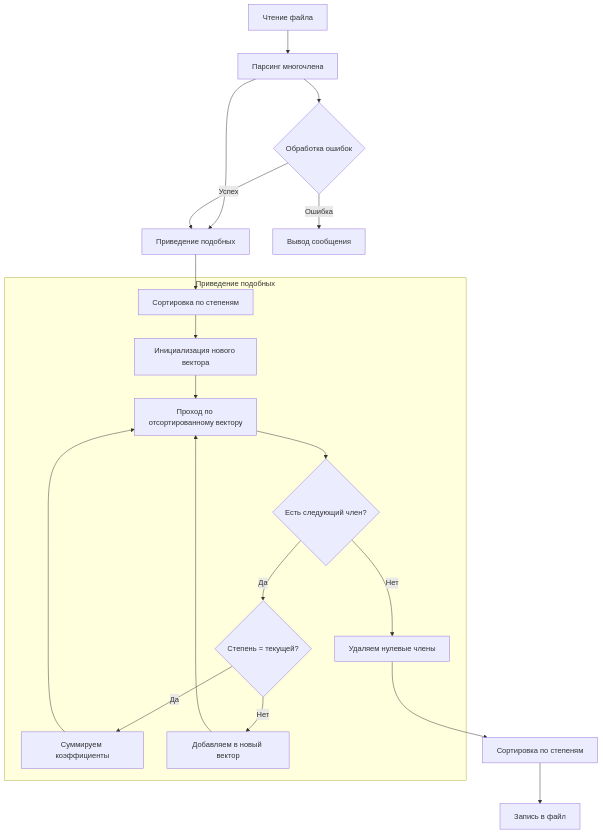
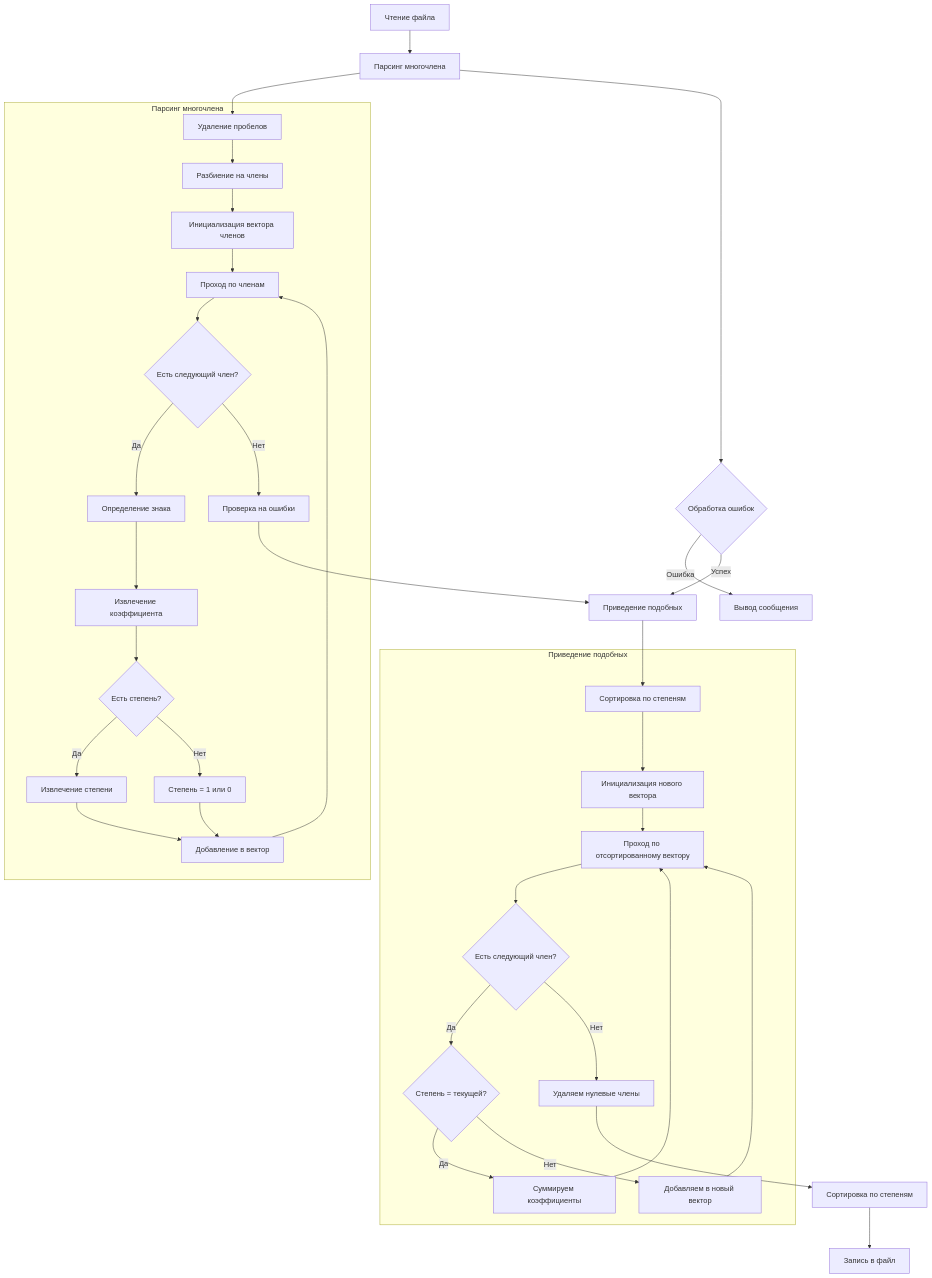
The diagram in README.md (GiniyatovIT14/Programma_DM), drawn with Mermaid before and after one commit.

````diff
--- a/README.md
+++ b/README.md
@@ -37,25 +37,43 @@
 ```mermaid
 graph TD
     A[Чтение файла] --> B[Парсинг многочлена]
-    B --> C[Приведение подобных]
+    
+    subgraph Парсинг многочлена
+        B1[Удаление пробелов] --> B2[Разбиение на члены]
+        B2 --> B3[Инициализация вектора членов]
+        B3 --> B4[Проход по членам]
+        B4 --> B5{Есть следующий член?}
+        B5 -->|Да| B6[Определение знака]
+        B6 --> B7[Извлечение коэффициента]
+        B7 --> B8{Есть степень?}
+        B8 -->|Да| B9[Извлечение степени]
+        B8 -->|Нет| B10[Степень = 1 или 0]
+        B9 --> B11[Добавление в вектор]
+        B10 --> B11
+        B11 --> B4
+        B5 -->|Нет| B12[Проверка на ошибки]
+    end
+    
+    B --> B1
+    B12 --> C[Приведение подобных]
     
     subgraph Приведение подобных
         C1[Сортировка по степеням] --> C2[Инициализация нового вектора]
         C2 --> C3[Проход по отсортированному вектору]
         C3 --> C4{Есть следующий член?}
         C4 -->|Да| C5{Степень = текущей?}
         C5 -->|Да| C6[Суммируем коэффициенты]
         C6 --> C3
         C5 -->|Нет| C7[Добавляем в новый вектор]
         C7 --> C3
         C4 -->|Нет| C8[Удаляем нулевые члены]
     end
     
     C --> C1
     C8 --> D[Сортировка по степеням]
     D --> E[Запись в файл]
     
     B --> F{Обработка ошибок}
     F -->|Ошибка| G[Вывод сообщения]
     F -->|Успех| C
 ```
````
